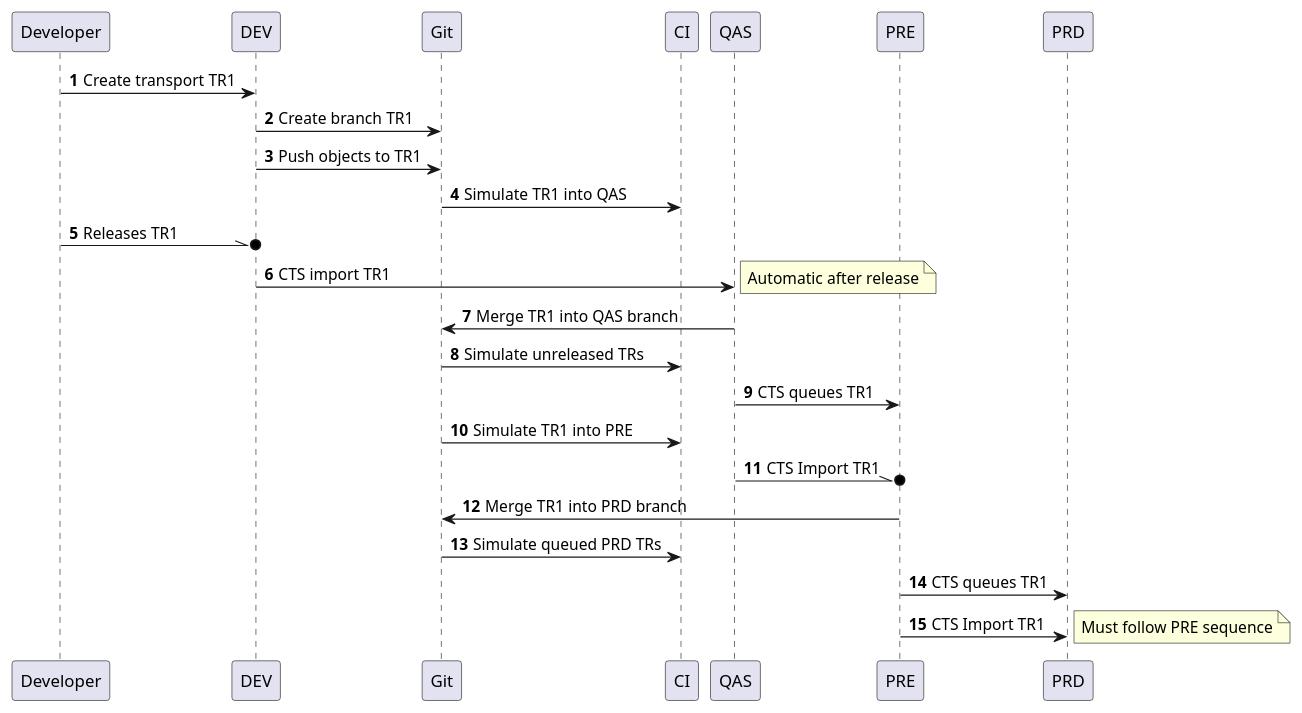
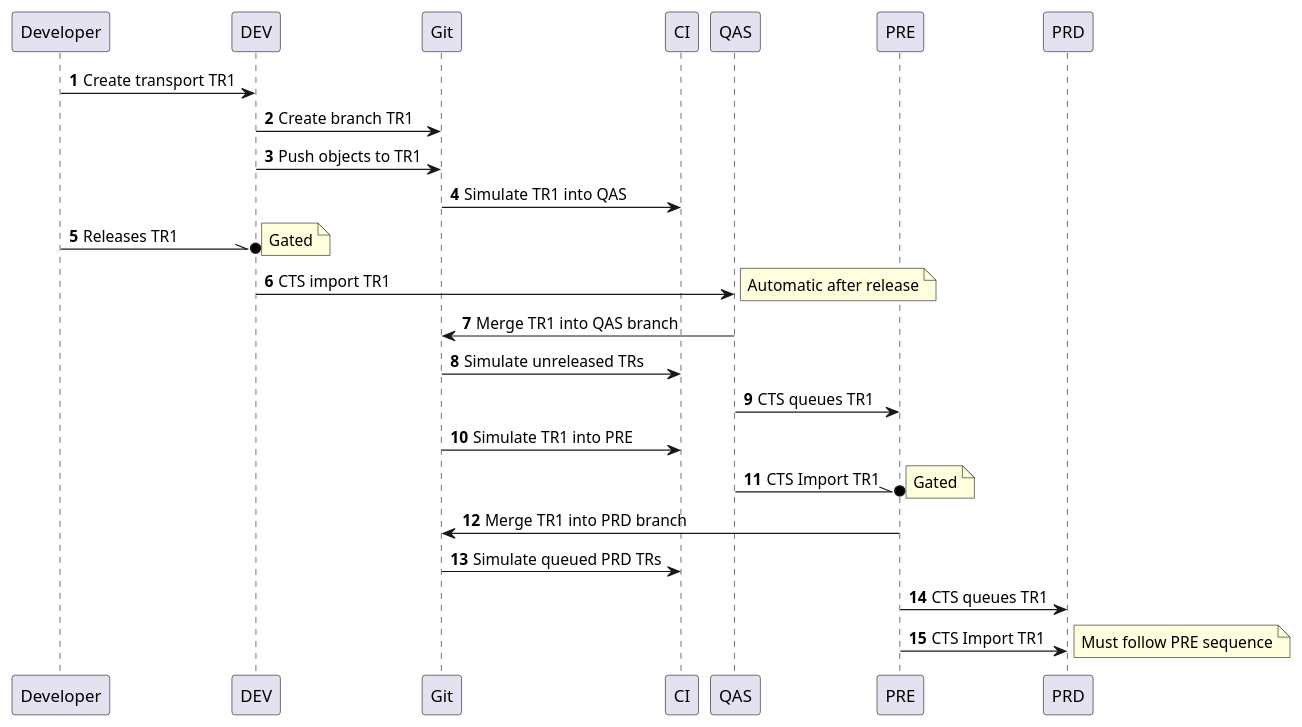
The second of 2 diagrams in src/deployment.adoc (heliconialabs/practical-ci-cd-for-abap), drawn with PlantUML before and after one commit. The commit also changed other lines of this file and 1 other file, not shown here.

```diff
--- a/src/deployment.adoc
+++ b/src/deployment.adoc
@@ -52,39 +59,41 @@
 [plantuml]
 ....
 skinparam monochrome true
 
 participant Developer
 participant DEV
 participant QAS
 participant PRE
 participant PRD
 participant Git
 participant CI
 
 @startuml
 autonumber
 Developer -> DEV : Create transport TR1
 
 DEV -> Git : Create branch TR1
 DEV -> Git : Push objects to TR1
 Git -> CI : Simulate TR1 into QAS
 
 Developer -\\o DEV : Releases TR1
+note right: Gated
 DEV -> QAS : CTS import TR1
 note right: Automatic after release
 QAS -> Git : Merge TR1 into QAS branch
 Git -> CI : Simulate unreleased TRs
 QAS -> PRE : CTS queues TR1
 
 Git -> CI : Simulate TR1 into PRE
 
 QAS -\\o PRE : CTS Import TR1
+note right: Gated
 PRE -> Git : Merge TR1 into PRD branch
 Git -> CI : Simulate queued PRD TRs
 
 PRE -> PRD : CTS queues TR1
 
 PRE -> PRD : CTS Import TR1
 note right: Must follow PRE sequence
 @enduml
 ....
```
